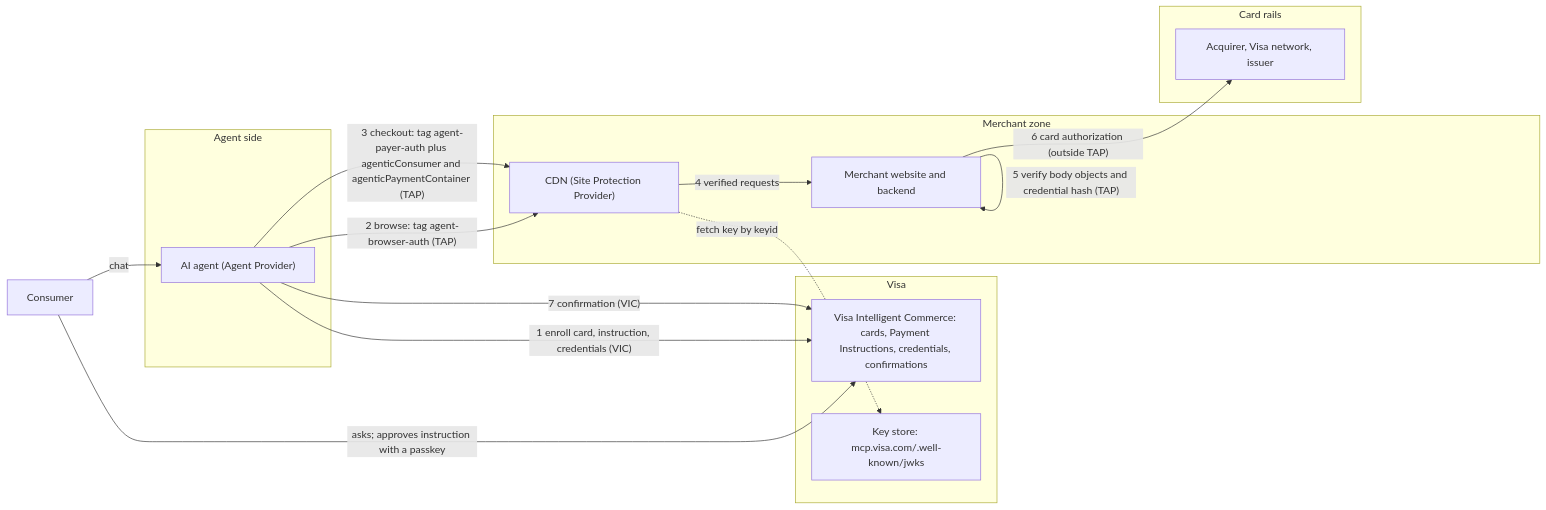
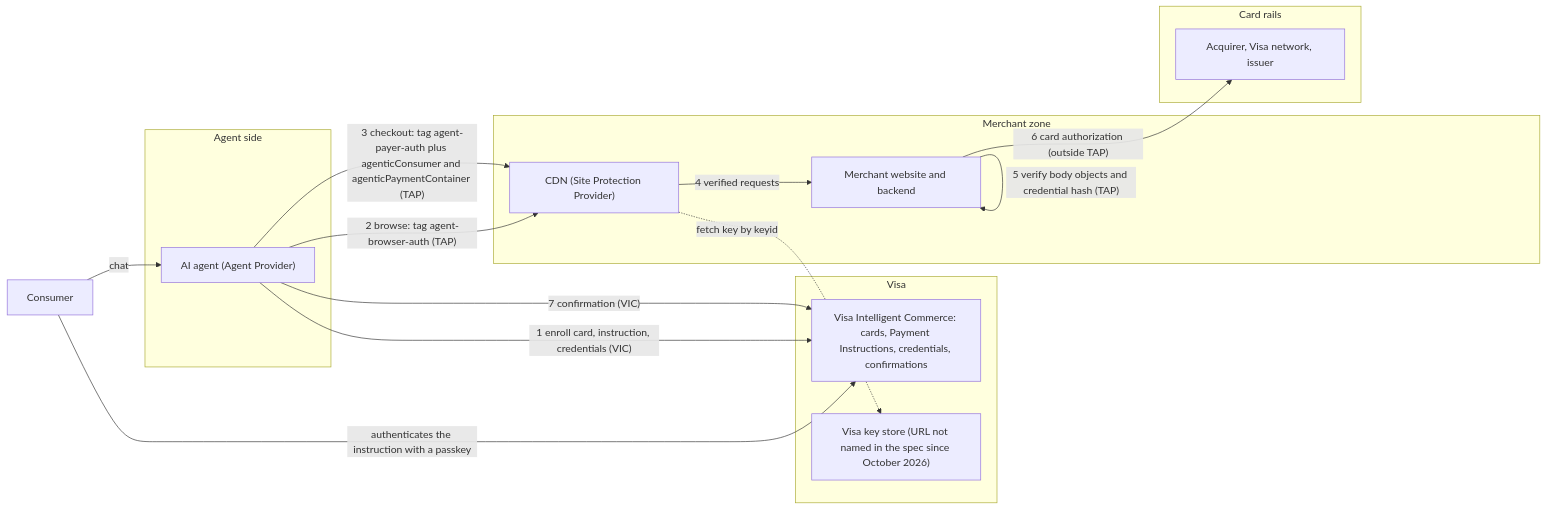
The diagram in src/content/diagrams/multi-agent-shops-with-visa-card-context.mmd (mercesAI/agentic-rails-atlas), drawn with Mermaid before and after one commit. The commit also changed 107 other files, not shown here.

```diff
--- a/src/content/diagrams/multi-agent-shops-with-visa-card-context.mmd
+++ b/src/content/diagrams/multi-agent-shops-with-visa-card-context.mmd
@@ -1,26 +1,26 @@
 flowchart LR
   CO["Consumer"]
   subgraph AZ["Agent side"]
     AG["AI agent (Agent Provider)"]
   end
   subgraph VZ["Visa"]
     VIC["Visa Intelligent Commerce: cards, Payment Instructions, credentials, confirmations"]
-    KS["Key store: mcp.visa.com/.well-known/jwks"]
+    KS["Visa key store (URL not named in the spec since October 2026)"]
   end
   subgraph MZ["Merchant zone"]
     CDN["CDN (Site Protection Provider)"]
     MW["Merchant website and backend"]
   end
   subgraph PZ["Card rails"]
     AQ["Acquirer, Visa network, issuer"]
   end
-  CO -- "asks; approves instruction with a passkey" --> VIC
+  CO -- "authenticates the instruction with a passkey" --> VIC
   CO -- "chat" --> AG
   AG -- "1 enroll card, instruction, credentials (VIC)" --> VIC
   AG -- "2 browse: tag agent-browser-auth (TAP)" --> CDN
   AG -- "3 checkout: tag agent-payer-auth plus agenticConsumer and agenticPaymentContainer (TAP)" --> CDN
   CDN -. "fetch key by keyid" .-> KS
   CDN -- "4 verified requests" --> MW
   MW -- "5 verify body objects and credential hash (TAP)" --> MW
   MW -- "6 card authorization (outside TAP)" --> AQ
   AG -- "7 confirmation (VIC)" --> VIC
```
